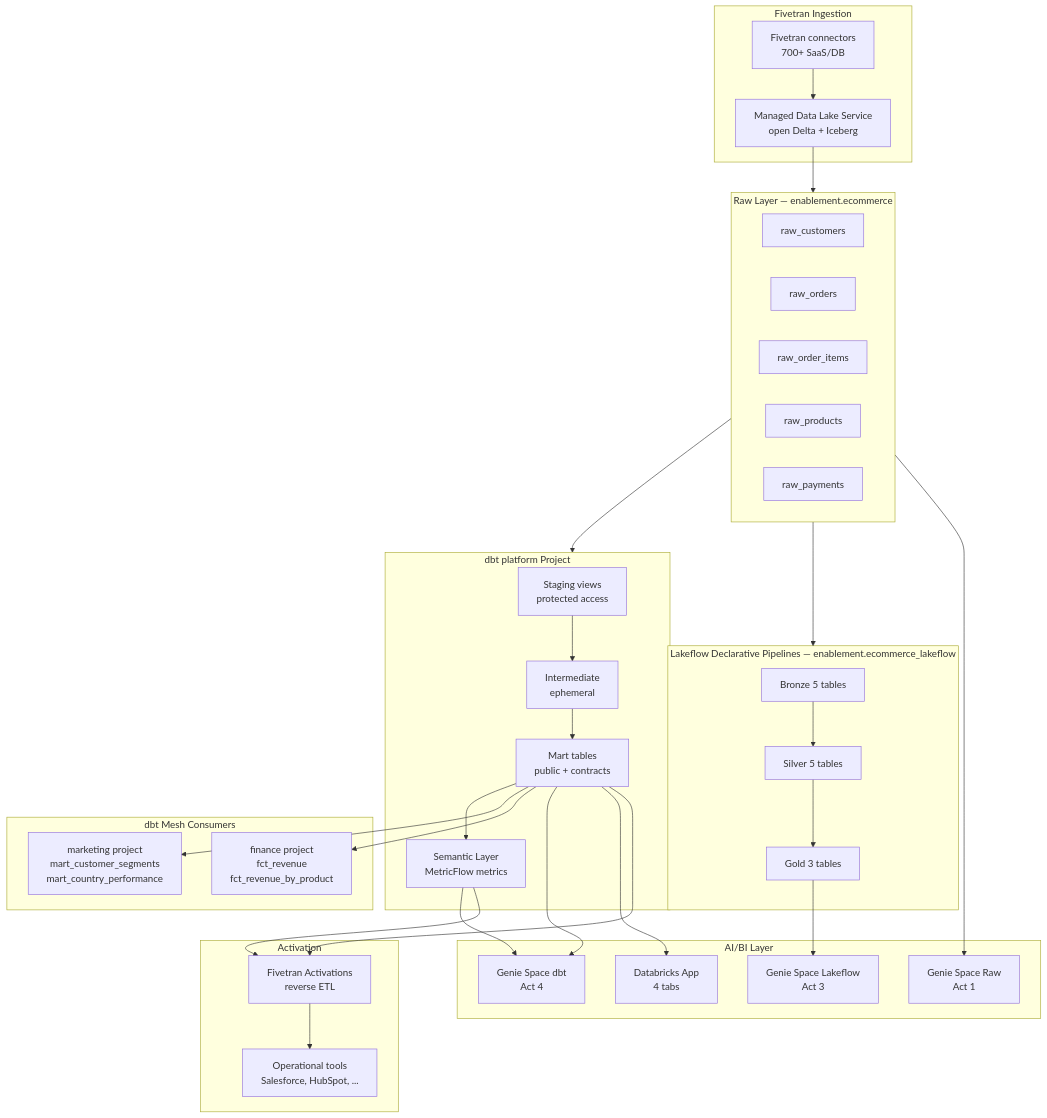
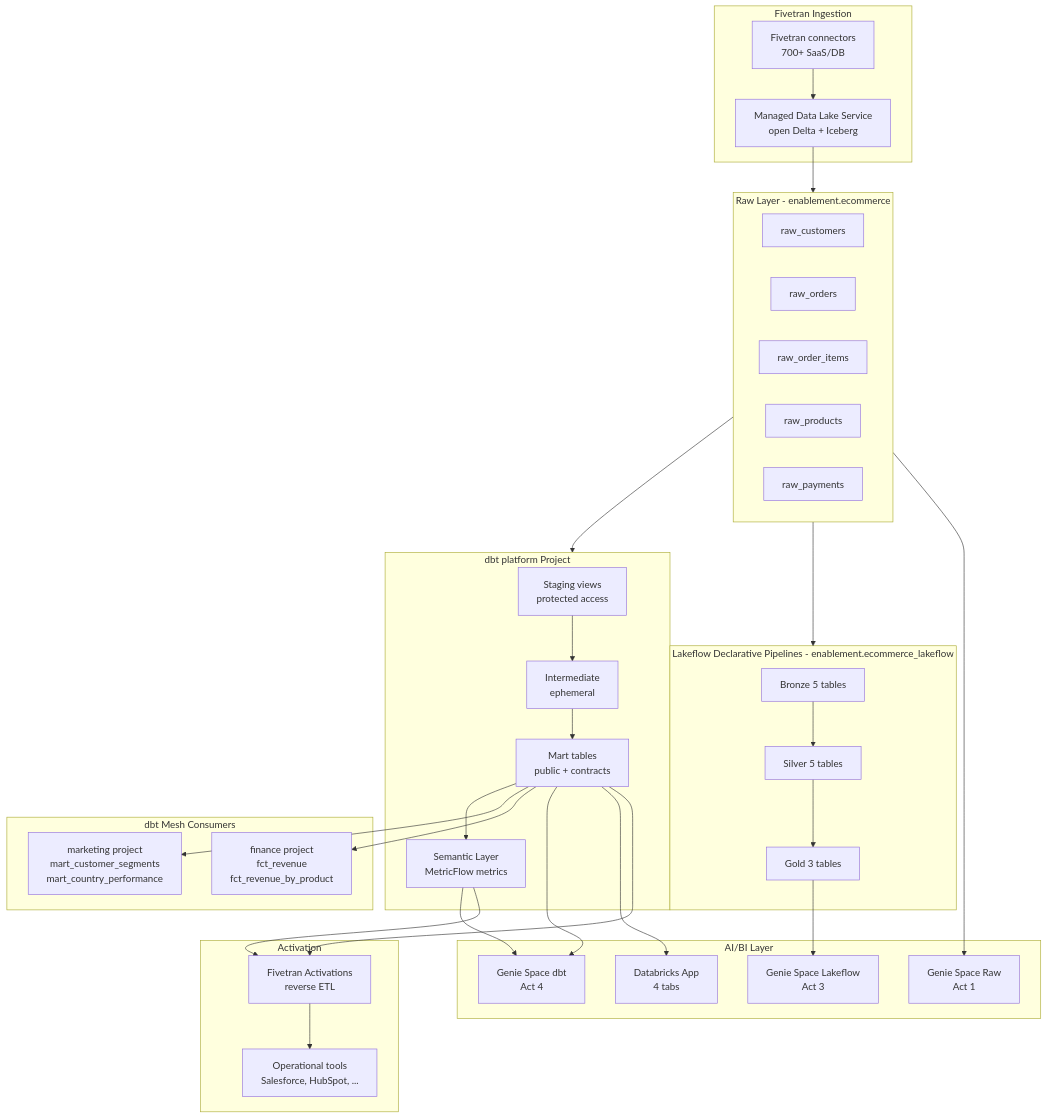
The diagram in docs/architecture.md (hicham-bab/dbt-dbx-field-enablement), drawn with Mermaid before and after one commit. The commit also changed other lines of this file and 55 other files, not shown here.

````diff
--- a/docs/architecture.md
+++ b/docs/architecture.md
@@ -100,63 +100,63 @@
 ```mermaid
 flowchart TD
-    subgraph Raw["Raw Layer — enablement.ecommerce"]
+    subgraph Raw["Raw Layer - enablement.ecommerce"]
         R1[raw_customers]
         R2[raw_orders]
         R3[raw_order_items]
         R4[raw_products]
         R5[raw_payments]
     end
 
-    subgraph Lakeflow["Lakeflow Declarative Pipelines — enablement.ecommerce_lakeflow"]
+    subgraph Lakeflow["Lakeflow Declarative Pipelines - enablement.ecommerce_lakeflow"]
         B[Bronze 5 tables]
         S[Silver 5 tables]
         G[Gold 3 tables]
         B --> S --> G
     end
 
     subgraph Platform["dbt platform Project"]
         STG[Staging views\nprotected access]
         INT[Intermediate\nephemeral]
         MARTS[Mart tables\npublic + contracts]
         SEM[Semantic Layer\nMetricFlow metrics]
         STG --> INT --> MARTS
         MARTS --> SEM
     end
 
     subgraph Mesh["dbt Mesh Consumers"]
         MKT[marketing project\nmart_customer_segments\nmart_country_performance]
         FIN[finance project\nfct_revenue\nfct_revenue_by_product]
     end
 
     subgraph AI["AI/BI Layer"]
         G1[Genie Space Raw\nAct 1]
         G2[Genie Space Lakeflow\nAct 3]
         G3[Genie Space dbt\nAct 4]
         APP[Databricks App\n4 tabs]
     end
 
     subgraph Ingest["Fivetran Ingestion"]
         FT[Fivetran connectors\n700+ SaaS/DB]
         MDLS[Managed Data Lake Service\nopen Delta + Iceberg]
         FT --> MDLS
     end
 
     subgraph Activate["Activation"]
         ACT[Fivetran Activations\nreverse ETL]
         OPS[Operational tools\nSalesforce, HubSpot, ...]
         ACT --> OPS
     end
 
     MDLS --> Raw
     Raw --> Platform
     Raw --> Lakeflow
     MARTS --> MKT
     MARTS --> FIN
     Raw --> G1
     G --> G2
     MARTS --> G3
     SEM --> G3
     MARTS --> APP
     MARTS --> ACT
     SEM --> ACT
 ```
````
